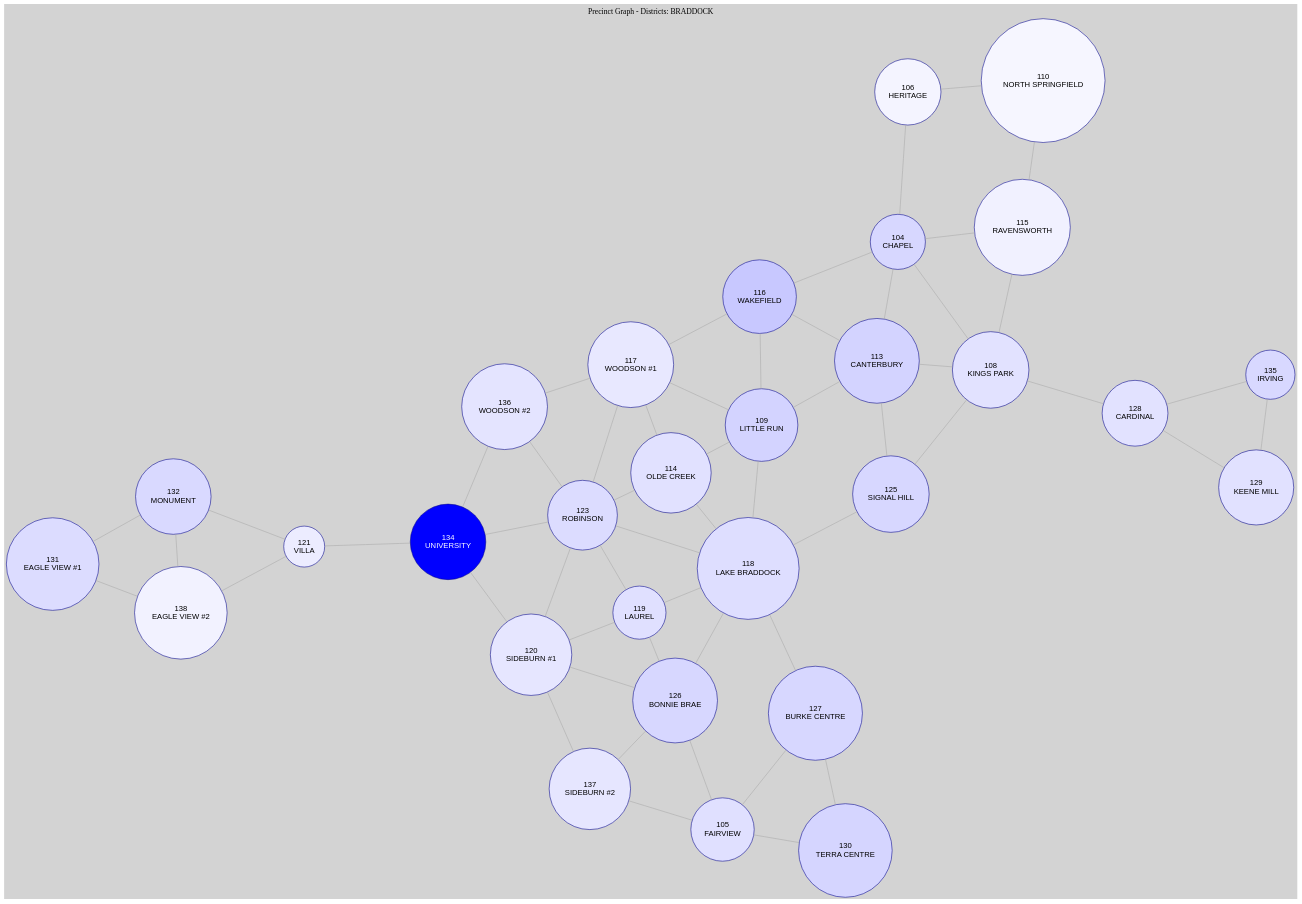
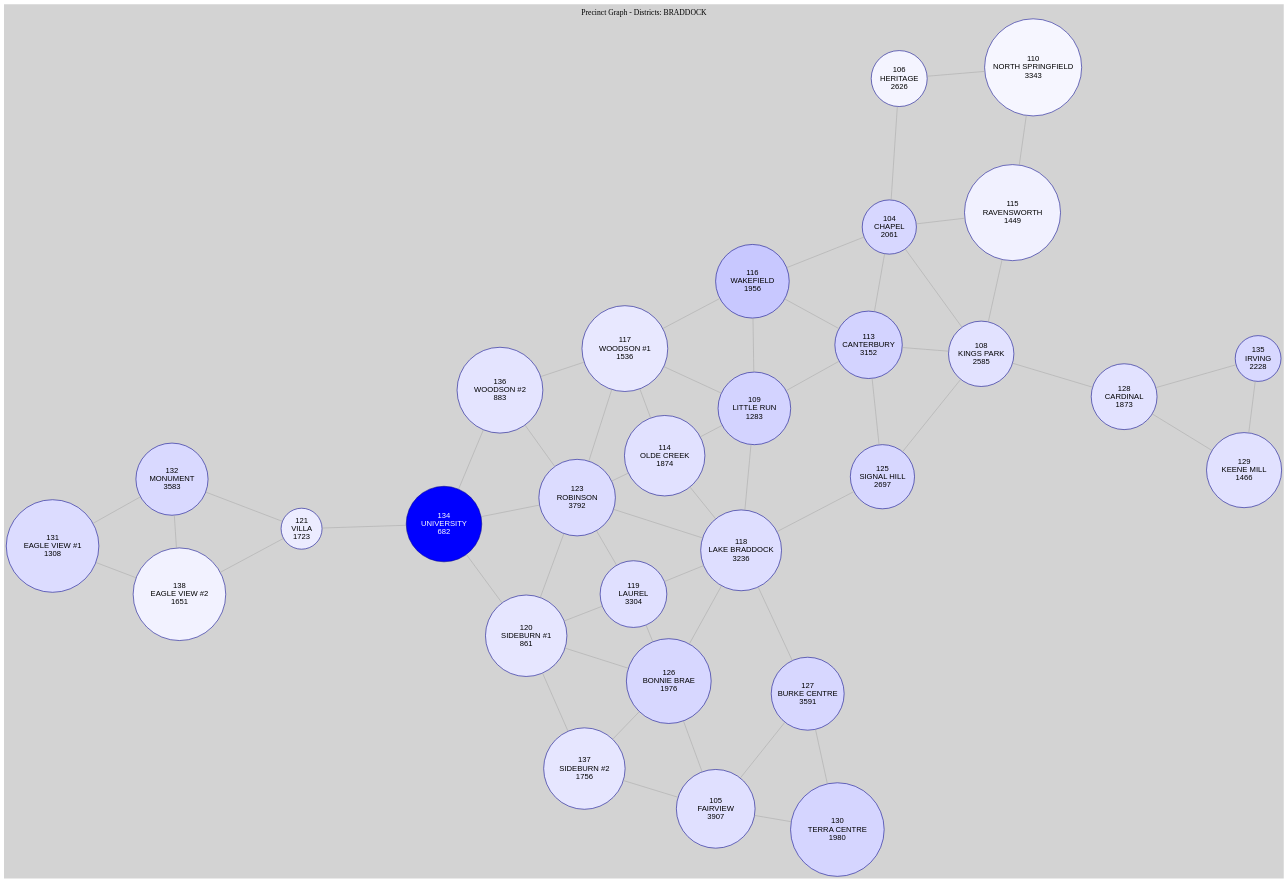
One commit to osistlk/Documents changed the diagram in data/precinct_graph.dot. Above: the diagram before and after it, drawn with Graphviz. The commit also changed 2 other files, not shown here.

Commit message:
Update precinct graph to include totalVotes in node labels and adjust vote count aggregation in createPrecinctGraph.js; modify DOT file for improved clarity

```diff
--- a/data/precinct_graph.dot
+++ b/data/precinct_graph.dot
@@ -1,93 +1,93 @@
 graph G {
     layout=neato;
     overlap=false;
     splines=true;
     node [shape=circle, style=filled, color=darkblue, fontname="Arial"];
     edge [color=darkgray];
     bgcolor="lightgray";
 label="Precinct Graph - Districts: BRADDOCK";
 labelloc="t";
-138 [label="138\nEAGLE VIEW #2", fillcolor="#f2f2ff", fontcolor="black", width="NaN", height="NaN"];
-137 [label="137\nSIDEBURN #2", fillcolor="#e6e6ff", fontcolor="black", width="NaN", height="NaN"];
-136 [label="136\nWOODSON #2", fillcolor="#e4e4ff", fontcolor="black", width="NaN", height="NaN"];
-135 [label="135\nIRVING", fillcolor="#d8d8ff", fontcolor="black", width="NaN", height="NaN"];
-134 [label="134\nUNIVERSITY", fillcolor="#0000ff", fontcolor="white", width="NaN", height="NaN"];
+138 [label="138\nEAGLE VIEW #2\n1651", fillcolor="#f2f2ff", fontcolor="black", width="0.8451497312515996", height="0.8451497312515996"];
+137 [label="137\nSIDEBURN #2\n1756", fillcolor="#e6e6ff", fontcolor="black", width="0.8988994113130279", height="0.8988994113130279"];
+136 [label="136\nWOODSON #2\n883", fillcolor="#e4e4ff", fontcolor="black", width="0.5", height="0.5"];
+135 [label="135\nIRVING\n2228", fillcolor="#d8d8ff", fontcolor="black", width="1.1405170207320194", height="1.1405170207320194"];
+134 [label="134\nUNIVERSITY\n682", fillcolor="#0000ff", fontcolor="white", width="0.5", height="0.5"];
 134 -- 136;
-132 [label="132\nMONUMENT", fillcolor="#d9d9ff", fontcolor="black", width="NaN", height="NaN"];
+132 [label="132\nMONUMENT\n3583", fillcolor="#d9d9ff", fontcolor="black", width="1.8341438443818787", height="1.8341438443818787"];
 132 -- 138;
-131 [label="131\nEAGLE VIEW #1", fillcolor="#dcdcff", fontcolor="black", width="NaN", height="NaN"];
+131 [label="131\nEAGLE VIEW #1\n1308", fillcolor="#dcdcff", fontcolor="black", width="0.6695674430509342", height="0.6695674430509342"];
 131 -- 132;
 131 -- 138;
-130 [label="130\nTERRA CENTRE", fillcolor="#d5d5ff", fontcolor="black", width="NaN", height="NaN"];
-129 [label="129\nKEENE MILL", fillcolor="#e1e1ff", fontcolor="black", width="NaN", height="NaN"];
+130 [label="130\nTERRA CENTRE\n1980", fillcolor="#d5d5ff", fontcolor="black", width="1.0135653954440746", height="1.0135653954440746"];
+129 [label="129\nKEENE MILL\n1466", fillcolor="#e1e1ff", fontcolor="black", width="0.7504479140005119", height="0.7504479140005119"];
 129 -- 135;
-128 [label="128\nCARDINAL", fillcolor="#e2e2ff", fontcolor="black", width="NaN", height="NaN"];
+128 [label="128\nCARDINAL\n1873", fillcolor="#e2e2ff", fontcolor="black", width="0.958791911952905", height="0.958791911952905"];
 128 -- 129;
 128 -- 135;
-127 [label="127\nBURKE CENTRE", fillcolor="#d7d7ff", fontcolor="black", width="NaN", height="NaN"];
+127 [label="127\nBURKE CENTRE\n3591", fillcolor="#d7d7ff", fontcolor="black", width="1.8382390581008445", height="1.8382390581008445"];
 127 -- 130;
-126 [label="126\nBONNIE BRAE", fillcolor="#d7d7ff", fontcolor="black", width="NaN", height="NaN"];
+126 [label="126\nBONNIE BRAE\n1976", fillcolor="#d7d7ff", fontcolor="black", width="1.0115177885845918", height="1.0115177885845918"];
 126 -- 137;
-125 [label="125\nSIGNAL HILL", fillcolor="#d7d7ff", fontcolor="black", width="NaN", height="NaN"];
-123 [label="123\nROBINSON", fillcolor="#dcdcff", fontcolor="black", width="NaN", height="NaN"];
+125 [label="125\nSIGNAL HILL\n2697", fillcolor="#d7d7ff", fontcolor="black", width="1.3805989250063988", height="1.3805989250063988"];
+123 [label="123\nROBINSON\n3792", fillcolor="#dcdcff", fontcolor="black", width="1.9411313027898645", height="1.9411313027898645"];
 123 -- 134;
 123 -- 136;
-121 [label="121\nVILLA", fillcolor="#ececff", fontcolor="black", width="NaN", height="NaN"];
+121 [label="121\nVILLA\n1723", fillcolor="#ececff", fontcolor="black", width="0.8820066547222933", height="0.8820066547222933"];
 121 -- 132;
 121 -- 134;
 121 -- 138;
-120 [label="120\nSIDEBURN #1", fillcolor="#e6e6ff", fontcolor="black", width="NaN", height="NaN"];
+120 [label="120\nSIDEBURN #1\n861", fillcolor="#e6e6ff", fontcolor="black", width="0.5", height="0.5"];
 120 -- 123;
 120 -- 126;
 120 -- 134;
 120 -- 137;
-119 [label="119\nLAUREL", fillcolor="#e0e0ff", fontcolor="black", width="NaN", height="NaN"];
+119 [label="119\nLAUREL\n3304", fillcolor="#e0e0ff", fontcolor="black", width="1.691323265932941", height="1.691323265932941"];
 119 -- 120;
 119 -- 123;
 119 -- 126;
-118 [label="118\nLAKE BRADDOCK", fillcolor="#dedeff", fontcolor="black", width="NaN", height="NaN"];
+118 [label="118\nLAKE BRADDOCK\n3236", fillcolor="#dedeff", fontcolor="black", width="1.6565139493217302", height="1.6565139493217302"];
 118 -- 119;
 118 -- 123;
 118 -- 125;
 118 -- 126;
 118 -- 127;
-117 [label="117\nWOODSON #1", fillcolor="#e8e8ff", fontcolor="black", width="NaN", height="NaN"];
+117 [label="117\nWOODSON #1\n1536", fillcolor="#e8e8ff", fontcolor="black", width="0.786281034041464", height="0.786281034041464"];
 117 -- 123;
 117 -- 136;
-116 [label="116\nWAKEFIELD", fillcolor="#c8c8ff", fontcolor="black", width="NaN", height="NaN"];
+116 [label="116\nWAKEFIELD\n1956", fillcolor="#c8c8ff", fontcolor="black", width="1.001279754287177", height="1.001279754287177"];
 116 -- 117;
-115 [label="115\nRAVENSWORTH", fillcolor="#f1f1ff", fontcolor="black", width="NaN", height="NaN"];
-114 [label="114\nOLDE CREEK", fillcolor="#e1e1ff", fontcolor="black", width="NaN", height="NaN"];
+115 [label="115\nRAVENSWORTH\n1449", fillcolor="#f1f1ff", fontcolor="black", width="0.7417455848477092", height="0.7417455848477092"];
+114 [label="114\nOLDE CREEK\n1874", fillcolor="#e1e1ff", fontcolor="black", width="0.9593038136677758", height="0.9593038136677758"];
 114 -- 117;
 114 -- 118;
 114 -- 123;
-113 [label="113\nCANTERBURY", fillcolor="#d3d3ff", fontcolor="black", width="NaN", height="NaN"];
+113 [label="113\nCANTERBURY\n3152", fillcolor="#d3d3ff", fontcolor="black", width="1.6135142052725877", height="1.6135142052725877"];
 113 -- 116;
 113 -- 125;
-110 [label="110\nNORTH SPRINGFIELD", fillcolor="#f6f6ff", fontcolor="black", width="NaN", height="NaN"];
+110 [label="110\nNORTH SPRINGFIELD\n3343", fillcolor="#f6f6ff", fontcolor="black", width="1.7112874328129", height="1.7112874328129"];
 110 -- 115;
-109 [label="109\nLITTLE RUN", fillcolor="#d3d3ff", fontcolor="black", width="NaN", height="NaN"];
+109 [label="109\nLITTLE RUN\n1283", fillcolor="#d3d3ff", fontcolor="black", width="0.6567699001791656", height="0.6567699001791656"];
 109 -- 113;
 109 -- 114;
 109 -- 116;
 109 -- 117;
 109 -- 118;
-108 [label="108\nKINGS PARK", fillcolor="#e2e2ff", fontcolor="black", width="NaN", height="NaN"];
+108 [label="108\nKINGS PARK\n2585", fillcolor="#e2e2ff", fontcolor="black", width="1.3232659329408754", height="1.3232659329408754"];
 108 -- 113;
 108 -- 115;
 108 -- 125;
 108 -- 128;
-106 [label="106\nHERITAGE", fillcolor="#f4f4ff", fontcolor="black", width="NaN", height="NaN"];
+106 [label="106\nHERITAGE\n2626", fillcolor="#f4f4ff", fontcolor="black", width="1.3442539032505758", height="1.3442539032505758"];
 106 -- 110;
-105 [label="105\nFAIRVIEW", fillcolor="#e0e0ff", fontcolor="black", width="NaN", height="NaN"];
+105 [label="105\nFAIRVIEW\n3907", fillcolor="#e0e0ff", fontcolor="black", width="2", height="2"];
 105 -- 126;
 105 -- 127;
 105 -- 130;
 105 -- 137;
-104 [label="104\nCHAPEL", fillcolor="#d7d7ff", fontcolor="black", width="NaN", height="NaN"];
+104 [label="104\nCHAPEL\n2061", fillcolor="#d7d7ff", fontcolor="black", width="1.055029434348605", height="1.055029434348605"];
 104 -- 106;
 104 -- 108;
 104 -- 113;
 104 -- 115;
 104 -- 116;
 }
```
